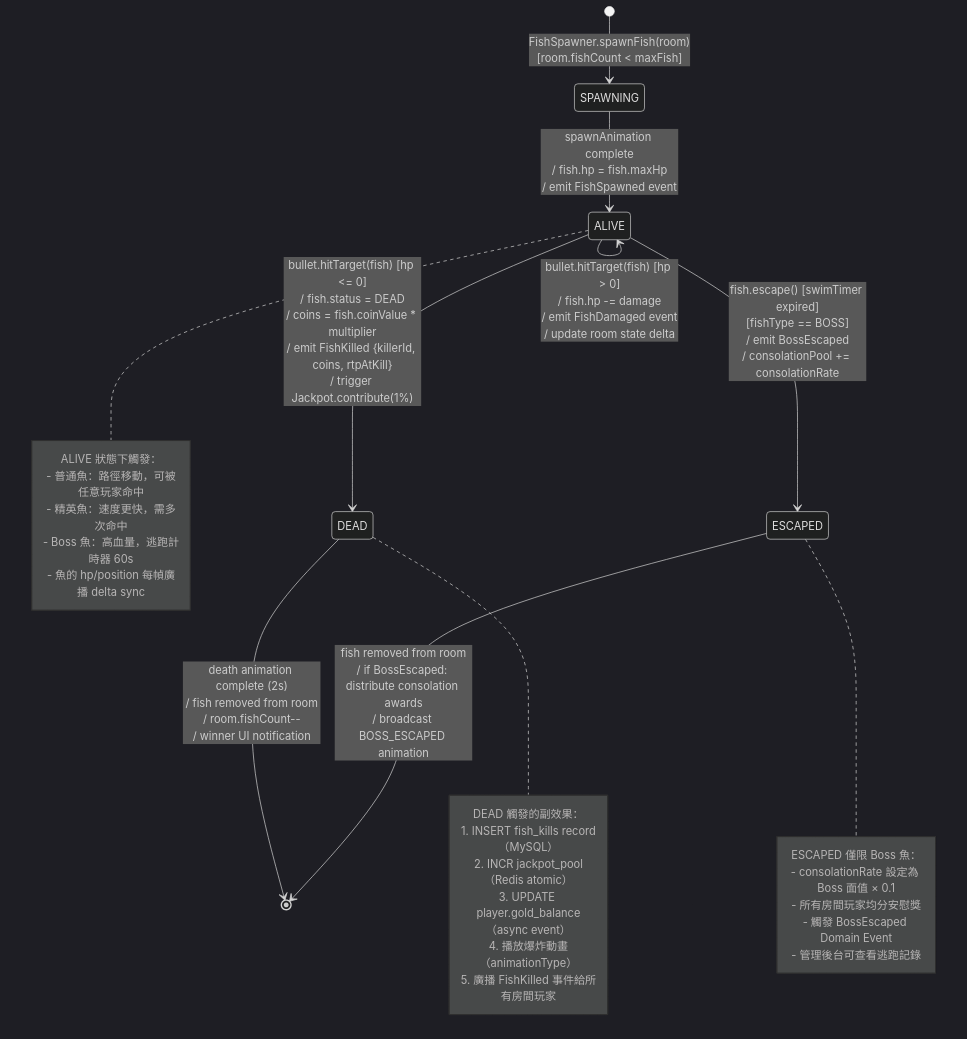
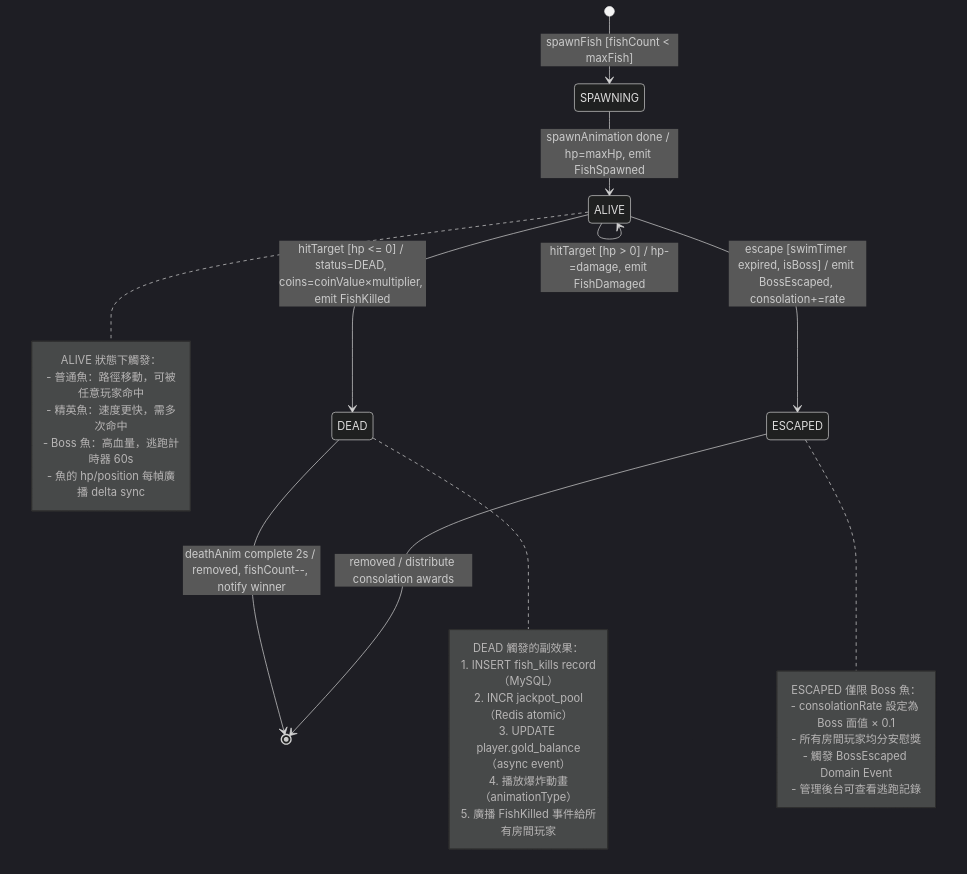
The first of 2 diagrams in docs/diagrams/state-machine-fish.md (ibalasite/fishgame), drawn with Mermaid before and after one commit.

Commit message:
fix(diagrams): remove invalid <br/> from stateDiagram-v2 transition labels
state-machine-fish.md: Mermaid stateDiagram-v2 does not support <br/> in
transition labels. Simplified all 7 transition labels to
"trigger [guard] / action" format. Full detail remains in existing note blocks.

````diff
--- a/docs/diagrams/state-machine-fish.md
+++ b/docs/diagrams/state-machine-fish.md
@@ -12,42 +12,42 @@
 ```mermaid
 %%{init: {"theme": "dark"}}%%
 stateDiagram-v2
-    [*] --> SPAWNING : FishSpawner.spawnFish(room)<br/>[room.fishCount < maxFish]
+    [*] --> SPAWNING : spawnFish [fishCount < maxFish]
 
-    SPAWNING --> ALIVE : spawnAnimation complete<br/>/ fish.hp = fish.maxHp<br/>/ emit FishSpawned event
+    SPAWNING --> ALIVE : spawnAnimation done / hp=maxHp, emit FishSpawned
 
-    ALIVE --> ALIVE : bullet.hitTarget(fish) [hp > 0]<br/>/ fish.hp -= damage<br/>/ emit FishDamaged event<br/>/ update room state delta
+    ALIVE --> ALIVE : hitTarget [hp > 0] / hp-=damage, emit FishDamaged
 
-    ALIVE --> DEAD : bullet.hitTarget(fish) [hp <= 0]<br/>/ fish.status = DEAD<br/>/ coins = fish.coinValue * multiplier<br/>/ emit FishKilled {killerId, coins, rtpAtKill}<br/>/ trigger Jackpot.contribute(1%)
+    ALIVE --> DEAD : hitTarget [hp <= 0] / status=DEAD, coins=coinValue×multiplier, emit FishKilled
 
-    ALIVE --> ESCAPED : fish.escape() [swimTimer expired]<br/>[fishType == BOSS]<br/>/ emit BossEscaped<br/>/ consolationPool += consolationRate
+    ALIVE --> ESCAPED : escape [swimTimer expired, isBoss] / emit BossEscaped, consolation+=rate
 
-    ESCAPED --> [*] : fish removed from room<br/>/ if BossEscaped: distribute consolation awards<br/>/ broadcast BOSS_ESCAPED animation
+    ESCAPED --> [*] : removed / distribute consolation awards
 
-    DEAD --> [*] : death animation complete (2s)<br/>/ fish removed from room<br/>/ room.fishCount--<br/>/ winner UI notification
+    DEAD --> [*] : deathAnim complete 2s / removed, fishCount--, notify winner
 
     note right of ALIVE
         ALIVE 狀態下觸發：
         - 普通魚：路徑移動，可被任意玩家命中
         - 精英魚：速度更快，需多次命中
         - Boss 魚：高血量，逃跑計時器 60s
         - 魚的 hp/position 每幀廣播 delta sync
     end note
 
     note right of DEAD
         DEAD 觸發的副效果：
         1. INSERT fish_kills record（MySQL）
         2. INCR jackpot_pool（Redis atomic）
         3. UPDATE player.gold_balance（async event）
         4. 播放爆炸動畫（animationType）
         5. 廣播 FishKilled 事件給所有房間玩家
     end note
 
     note right of ESCAPED
         ESCAPED 僅限 Boss 魚：
         - consolationRate 設定為 Boss 面值 × 0.1
         - 所有房間玩家均分安慰獎
         - 觸發 BossEscaped Domain Event
         - 管理後台可查看逃跑記錄
     end note
 ```
````
